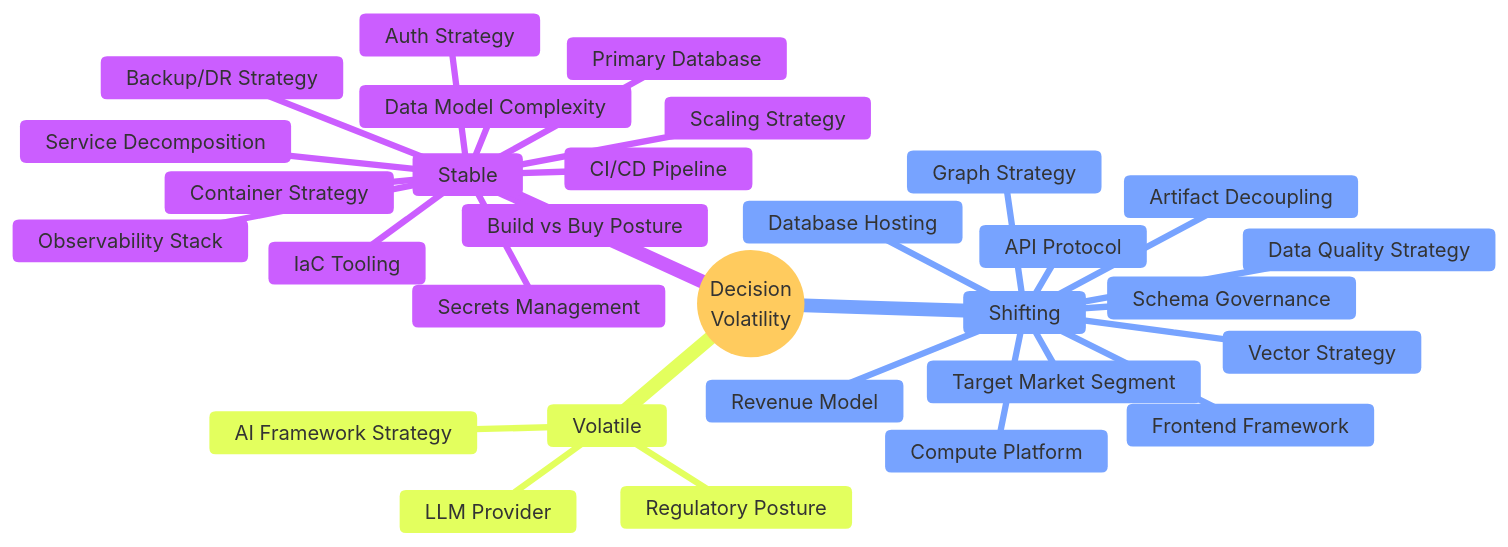
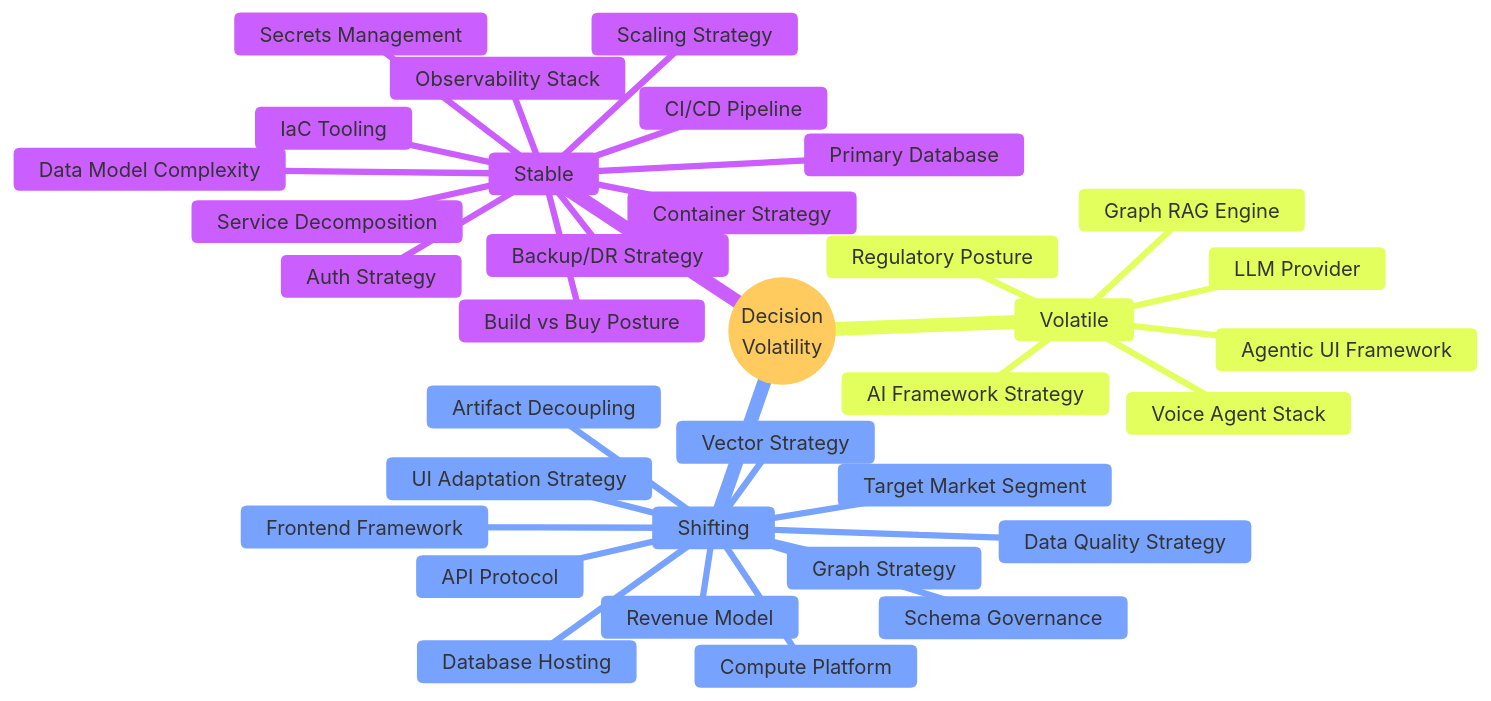
The eighth of 8 diagrams in docs/prd/decisions/REPORT.md (petteriTeikari/music-attribution-scaffold), drawn with Mermaid before and after one commit. The commit also changed other lines of this file and 92 other files, not shown here.

````diff
--- a/docs/prd/decisions/REPORT.md
+++ b/docs/prd/decisions/REPORT.md
@@ -345,34 +460,38 @@
 ```mermaid
 %%{init: {'theme': 'base', 'themeVariables': {'background': '#fcfaf5'}}}%%
 mindmap
   root((Decision<br/>Volatility))
     Stable
       Build vs Buy Posture
       Data Model Complexity
       Service Decomposition
       Primary Database
       Container Strategy
       CI/CD Pipeline
       IaC Tooling
       Scaling Strategy
       Backup/DR Strategy
       Secrets Management
       Observability Stack
       Auth Strategy
     Shifting
       Target Market Segment
       Revenue Model
       API Protocol
       Graph Strategy
       Vector Strategy
       Frontend Framework
       Compute Platform
       Database Hosting
       Data Quality Strategy
       Schema Governance
       Artifact Decoupling
+      UI Adaptation Strategy
     Volatile
       Regulatory Posture
       AI Framework Strategy
       LLM Provider
+      Agentic UI Framework
+      Voice Agent Stack
+      Graph RAG Engine
 ```
````
